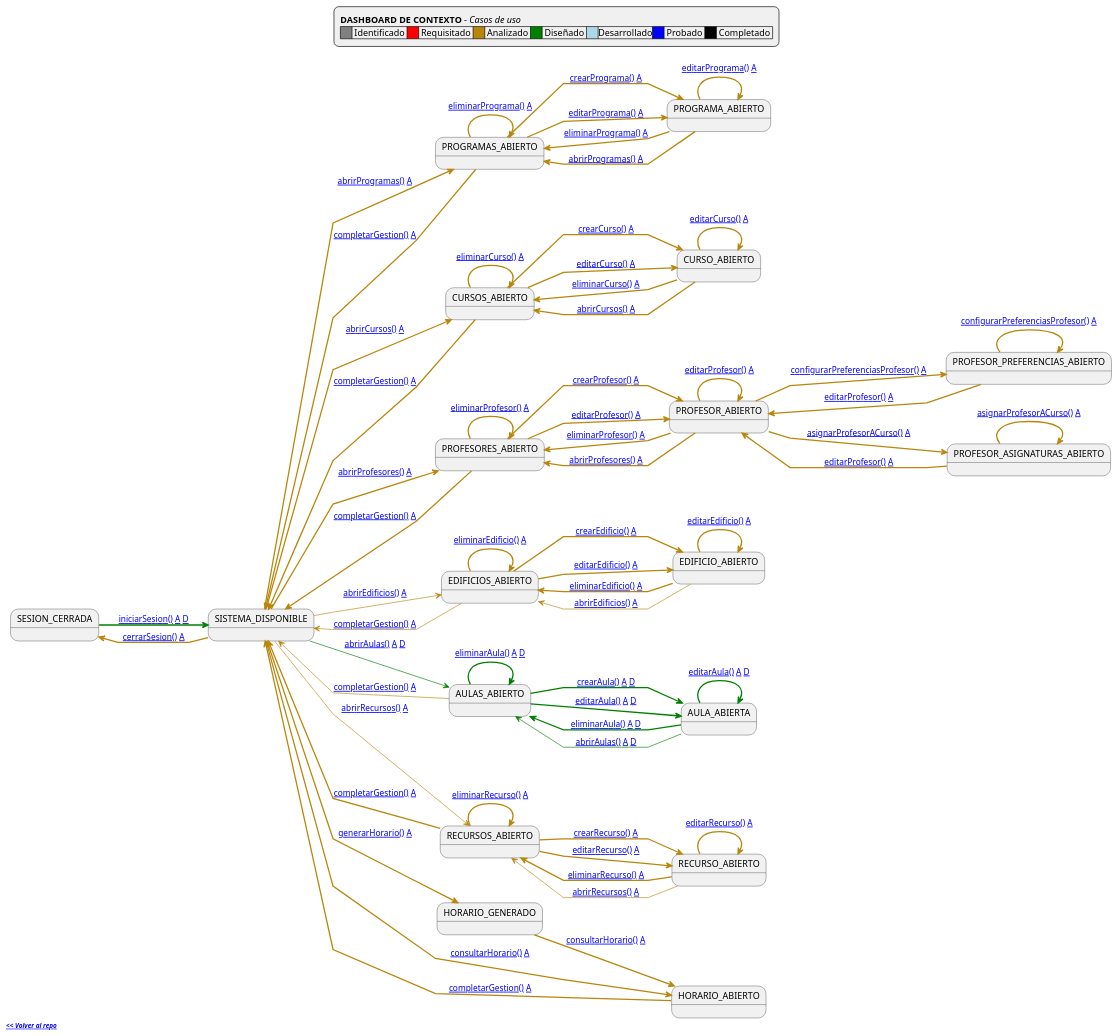
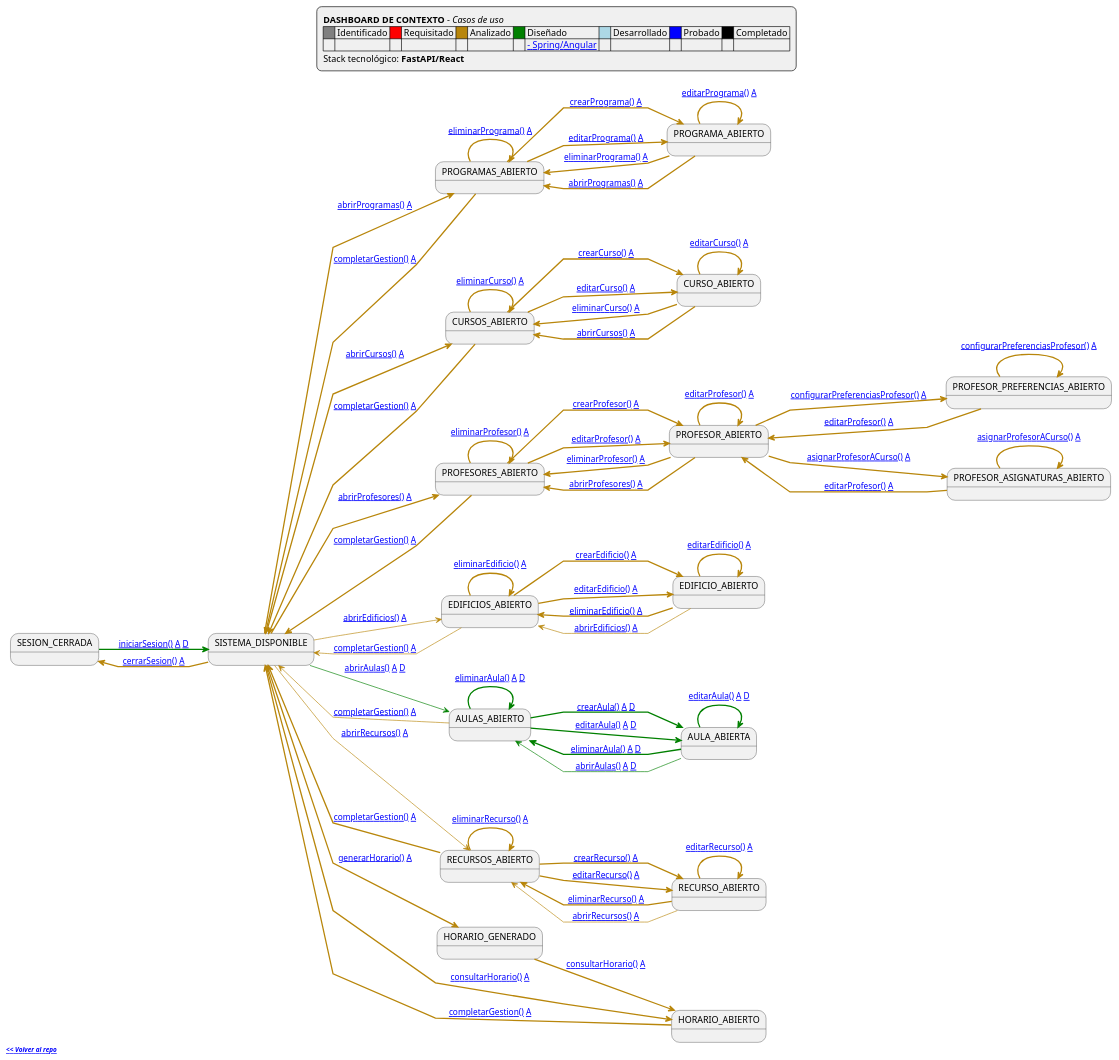
The diagram in RUP/99-seguimiento/diagrama-contexto-administrador.puml (mmasias/pySigHor), drawn with PlantUML before and after one commit.

Commit message:
feat: dashboard FastAPI/React con navegación coherente
Actualización del dashboard de contexto en rama diseño-fastapi-react:
- Detalle y Análisis apuntan a /main/ (fuente única de verdad)
- Solo enlaces [D] apuntan a /diseño-fastapi-react/ (específico de tecnología)
- Footer indica stack tecnológico activo: FastAPI/React
- Enlace para cambiar a dashboard Spring/Angular
- Leyenda actualizada con referencia [D] -> Diseño

Estrategia: Separación de responsabilidades para evitar propagación de cambios.

🤖 Generated with [Claude Code](https://claude.com/claude-code)

```diff
--- a/RUP/99-seguimiento/diagrama-contexto-administrador.puml
+++ b/RUP/99-seguimiento/diagrama-contexto-administrador.puml
@@ -18,14 +18,16 @@
 legend top
     **DASHBOARD DE CONTEXTO** - <i>Casos de uso</i>
     '====
-    |<#gray>     | Identificado |<#red>     | Requisitado |<#darkgoldenrod>     | Analizado |<#green>     | Diseñado |<#lightblue>     |Desarrollado|<#blue>     | Probado |<#black>     | Completado |
+    |<#gray>     | Identificado |<#red>     | Requisitado |<#darkgoldenrod>     | Analizado |<#green>     | Diseñado |<#lightblue>     | Desarrollado |<#blue>     | Probado |<#black>     | Completado |
+    | | | | | | | | [[https://raw.githubusercontent.com/mmasias/pySigHor/diseño-spring-angular/images/RUP/99-seguimiento/diagrama-contexto-administrador.svg - Spring/Angular]] |
     '====
-    '[**nombreCasoUso()**] -> Especificación detallada / [**A**] -> Análisis MVC
+    '[**nombreCasoUso()**] -> Especificación detallada / [**A**] -> Análisis MVC / [**D**] -> Diseño
     '====
+    Stack tecnológico: **FastAPI/React**
 end legend
 
 footer
-**<i>[[https://github.com/mmasias/pySigHor << Volver al repo]]</i>** 
+**<i>[[https://github.com/mmasias/pySigHor << Volver al repo]]</i>**
 end footer
 
 state "SESION_CERRADA" as NoAuth
@@ -49,14 +51,14 @@
 state "HORARIO_GENERADO" as Generacion
 state "HORARIO_ABIERTO" as Consulta
 
-NoAuth -[#green,thickness=2]-> Menu: [[https://github.com/mmasias/pySigHor/blob/main/RUP/00-casos-uso/02-detalle/iniciarSesion/README.md iniciarSesion()]] [[https://github.com/mmasias/pySigHor/blob/main/RUP/01-analisis/casos-uso/iniciarSesion/README.md A]] [[https://github.com/mmasias/pySigHor/blob/main/RUP/02-diseño/casos-uso/iniciarSesion/README.md D]]
+NoAuth -[#green,thickness=2]-> Menu: [[https://github.com/mmasias/pySigHor/blob/main/RUP/00-casos-uso/02-detalle/iniciarSesion/README.md iniciarSesion()]] [[https://github.com/mmasias/pySigHor/blob/main/RUP/01-analisis/casos-uso/iniciarSesion/README.md A]] [[https://github.com/mmasias/pySigHor/blob/diseño-fastapi-react/RUP/02-diseño/casos-uso/iniciarSesion/README.md D]]
 
 Menu -[#darkgoldenrod,thickness=2]-> NoAuth: [[https://github.com/mmasias/pySigHor/blob/main/RUP/00-casos-uso/02-detalle/cerrarSesion/README.md cerrarSesion()]] [[https://github.com/mmasias/pySigHor/blob/main/RUP/01-analisis/casos-uso/cerrarSesion/README.md A]]
 Menu -[#darkgoldenrod,thickness=2]-> ListProgramas: [[https://github.com/mmasias/pySigHor/blob/main/RUP/00-casos-uso/02-detalle/abrirProgramas/README.md abrirProgramas()]] [[https://github.com/mmasias/pySigHor/blob/main/RUP/01-analisis/casos-uso/abrirProgramas/README.md A]]
 Menu -[#darkgoldenrod,thickness=2]-> ListCursos: [[https://github.com/mmasias/pySigHor/blob/main/RUP/00-casos-uso/02-detalle/abrirCursos/README.md abrirCursos()]] [[https://github.com/mmasias/pySigHor/blob/main/RUP/01-analisis/casos-uso/abrirCursos/README.md A]]
 Menu -[#darkgoldenrod,thickness=2]-> ListProfesores: [[https://github.com/mmasias/pySigHor/blob/main/RUP/00-casos-uso/02-detalle/abrirProfesores/README.md abrirProfesores()]] [[https://github.com/mmasias/pySigHor/blob/main/RUP/01-analisis/casos-uso/abrirProfesores/README.md A]]
 Menu -[#darkgoldenrod]-> ListEdificios: [[https://github.com/mmasias/pySigHor/blob/main/RUP/00-casos-uso/02-detalle/abrirEdificios/README.md abrirEdificios()]] [[https://github.com/mmasias/pySigHor/blob/main/RUP/01-analisis/casos-uso/abrirEdificios/README.md A]]
-Menu -[#green]-> ListAulas: [[https://github.com/mmasias/pySigHor/blob/main/RUP/00-casos-uso/02-detalle/abrirAulas/README.md abrirAulas()]] [[https://github.com/mmasias/pySigHor/blob/main/RUP/01-analisis/casos-uso/abrirAulas/README.md A]] [[https://github.com/mmasias/pySigHor/blob/main/RUP/02-diseño/casos-uso/abrirAulas/README.md D]]
+Menu -[#green]-> ListAulas: [[https://github.com/mmasias/pySigHor/blob/main/RUP/00-casos-uso/02-detalle/abrirAulas/README.md abrirAulas()]] [[https://github.com/mmasias/pySigHor/blob/main/RUP/01-analisis/casos-uso/abrirAulas/README.md A]] [[https://github.com/mmasias/pySigHor/blob/diseño-fastapi-react/RUP/02-diseño/casos-uso/abrirAulas/README.md D]]
 Menu -[#darkgoldenrod]-> ListRecursos: [[https://github.com/mmasias/pySigHor/blob/main/RUP/00-casos-uso/02-detalle/abrirRecursos/README.md abrirRecursos()]] [[https://github.com/mmasias/pySigHor/blob/main/RUP/01-analisis/casos-uso/abrirRecursos/README.md A]]
 Menu -[#darkgoldenrod,bold]-> Generacion: [[https://github.com/mmasias/pySigHor/blob/main/RUP/00-casos-uso/02-detalle/generarHorario/README.md generarHorario()]] [[https://github.com/mmasias/pySigHor/blob/main/RUP/01-analisis/casos-uso/generarHorario/README.md A]]
 Menu -[#darkgoldenrod,bold]-> Consulta: [[https://github.com/mmasias/pySigHor/blob/main/RUP/00-casos-uso/02-detalle/consultarHorario/README.md consultarHorario()]] [[https://github.com/mmasias/pySigHor/blob/main/RUP/01-analisis/casos-uso/consultarHorario/README.md A]]
@@ -92,12 +94,12 @@
 EditEdificio -[#darkgoldenrod,bold]-> EditEdificio: [[https://github.com/mmasias/pySigHor/blob/main/RUP/00-casos-uso/02-detalle/editarEdificio/README.md editarEdificio()]] [[https://github.com/mmasias/pySigHor/blob/main/RUP/01-analisis/casos-uso/editarEdificio/README.md A]]
 EditEdificio -[#darkgoldenrod,bold]-> ListEdificios: [[https://github.com/mmasias/pySigHor/blob/main/RUP/00-casos-uso/02-detalle/eliminarEdificio/README.md eliminarEdificio()]] [[https://github.com/mmasias/pySigHor/blob/main/RUP/01-analisis/casos-uso/eliminarEdificio/README.md A]]
 EditEdificio -[#darkgoldenrod]-> ListEdificios: [[https://github.com/mmasias/pySigHor/blob/main/RUP/00-casos-uso/02-detalle/abrirEdificios/README.md abrirEdificios()]] [[https://github.com/mmasias/pySigHor/blob/main/RUP/01-analisis/casos-uso/abrirEdificios/README.md A]]
-ListAulas -[#green,bold]-> EditAula: [[https://github.com/mmasias/pySigHor/blob/main/RUP/00-casos-uso/02-detalle/crearAula/README.md crearAula()]] [[https://github.com/mmasias/pySigHor/blob/main/RUP/01-analisis/casos-uso/crearAula/README.md A]] [[https://github.com/mmasias/pySigHor/blob/main/RUP/02-diseño/casos-uso/crearAula/README.md D]]
-ListAulas -[#green,bold]-> EditAula: [[https://github.com/mmasias/pySigHor/blob/main/RUP/00-casos-uso/02-detalle/editarAula/README.md editarAula()]] [[https://github.com/mmasias/pySigHor/blob/main/RUP/01-analisis/casos-uso/editarAula/README.md A]] [[https://github.com/mmasias/pySigHor/blob/main/RUP/02-diseño/casos-uso/editarAula/README.md D]]
-ListAulas -[#green,bold]-> ListAulas: [[https://github.com/mmasias/pySigHor/blob/main/RUP/00-casos-uso/02-detalle/eliminarAula/README.md eliminarAula()]] [[https://github.com/mmasias/pySigHor/blob/main/RUP/01-analisis/casos-uso/eliminarAula/README.md A]] [[https://github.com/mmasias/pySigHor/blob/main/RUP/02-diseño/casos-uso/eliminarAula/README.md D]]
-EditAula -[#green,bold]-> EditAula: [[https://github.com/mmasias/pySigHor/blob/main/RUP/00-casos-uso/02-detalle/editarAula/README.md editarAula()]] [[https://github.com/mmasias/pySigHor/blob/main/RUP/01-analisis/casos-uso/editarAula/README.md A]] [[https://github.com/mmasias/pySigHor/blob/main/RUP/02-diseño/casos-uso/editarAula/README.md D]]
-EditAula -[#green,bold]-> ListAulas: [[https://github.com/mmasias/pySigHor/blob/main/RUP/00-casos-uso/02-detalle/eliminarAula/README.md eliminarAula()]] [[https://github.com/mmasias/pySigHor/blob/main/RUP/01-analisis/casos-uso/eliminarAula/README.md A]] [[https://github.com/mmasias/pySigHor/blob/main/RUP/02-diseño/casos-uso/eliminarAula/README.md D]]
-EditAula -[#green]-> ListAulas: [[https://github.com/mmasias/pySigHor/blob/main/RUP/00-casos-uso/02-detalle/abrirAulas/README.md abrirAulas()]] [[https://github.com/mmasias/pySigHor/blob/main/RUP/01-analisis/casos-uso/abrirAulas/README.md A]] [[https://github.com/mmasias/pySigHor/blob/main/RUP/02-diseño/casos-uso/abrirAulas/README.md D]]
+ListAulas -[#green,bold]-> EditAula: [[https://github.com/mmasias/pySigHor/blob/main/RUP/00-casos-uso/02-detalle/crearAula/README.md crearAula()]] [[https://github.com/mmasias/pySigHor/blob/main/RUP/01-analisis/casos-uso/crearAula/README.md A]] [[https://github.com/mmasias/pySigHor/blob/diseño-fastapi-react/RUP/02-diseño/casos-uso/crearAula/README.md D]]
+ListAulas -[#green,bold]-> EditAula: [[https://github.com/mmasias/pySigHor/blob/main/RUP/00-casos-uso/02-detalle/editarAula/README.md editarAula()]] [[https://github.com/mmasias/pySigHor/blob/main/RUP/01-analisis/casos-uso/editarAula/README.md A]] [[https://github.com/mmasias/pySigHor/blob/diseño-fastapi-react/RUP/02-diseño/casos-uso/editarAula/README.md D]]
+ListAulas -[#green,bold]-> ListAulas: [[https://github.com/mmasias/pySigHor/blob/main/RUP/00-casos-uso/02-detalle/eliminarAula/README.md eliminarAula()]] [[https://github.com/mmasias/pySigHor/blob/main/RUP/01-analisis/casos-uso/eliminarAula/README.md A]] [[https://github.com/mmasias/pySigHor/blob/diseño-fastapi-react/RUP/02-diseño/casos-uso/eliminarAula/README.md D]]
+EditAula -[#green,bold]-> EditAula: [[https://github.com/mmasias/pySigHor/blob/main/RUP/00-casos-uso/02-detalle/editarAula/README.md editarAula()]] [[https://github.com/mmasias/pySigHor/blob/main/RUP/01-analisis/casos-uso/editarAula/README.md A]] [[https://github.com/mmasias/pySigHor/blob/diseño-fastapi-react/RUP/02-diseño/casos-uso/editarAula/README.md D]]
+EditAula -[#green,bold]-> ListAulas: [[https://github.com/mmasias/pySigHor/blob/main/RUP/00-casos-uso/02-detalle/eliminarAula/README.md eliminarAula()]] [[https://github.com/mmasias/pySigHor/blob/main/RUP/01-analisis/casos-uso/eliminarAula/README.md A]] [[https://github.com/mmasias/pySigHor/blob/diseño-fastapi-react/RUP/02-diseño/casos-uso/eliminarAula/README.md D]]
+EditAula -[#green]-> ListAulas: [[https://github.com/mmasias/pySigHor/blob/main/RUP/00-casos-uso/02-detalle/abrirAulas/README.md abrirAulas()]] [[https://github.com/mmasias/pySigHor/blob/main/RUP/01-analisis/casos-uso/abrirAulas/README.md A]] [[https://github.com/mmasias/pySigHor/blob/diseño-fastapi-react/RUP/02-diseño/casos-uso/abrirAulas/README.md D]]
 ListRecursos -[#darkgoldenrod,bold]-> EditRecurso: [[https://github.com/mmasias/pySigHor/blob/main/RUP/00-casos-uso/02-detalle/crearRecurso/README.md crearRecurso()]] [[https://github.com/mmasias/pySigHor/blob/main/RUP/01-analisis/casos-uso/crearRecurso/README.md A]]
 ListRecursos -[#darkgoldenrod,bold]-> EditRecurso: [[https://github.com/mmasias/pySigHor/blob/main/RUP/00-casos-uso/02-detalle/editarRecurso/README.md editarRecurso()]] [[https://github.com/mmasias/pySigHor/blob/main/RUP/01-analisis/casos-uso/editarRecurso/README.md A]]
 ListRecursos -[#darkgoldenrod,bold]-> ListRecursos: [[https://github.com/mmasias/pySigHor/blob/main/RUP/00-casos-uso/02-detalle/eliminarRecurso/README.md eliminarRecurso()]] [[https://github.com/mmasias/pySigHor/blob/main/RUP/01-analisis/casos-uso/eliminarRecurso/README.md A]]
```
